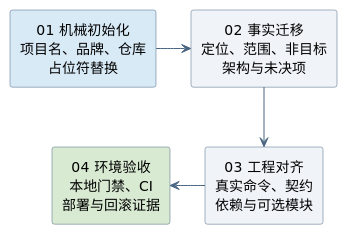
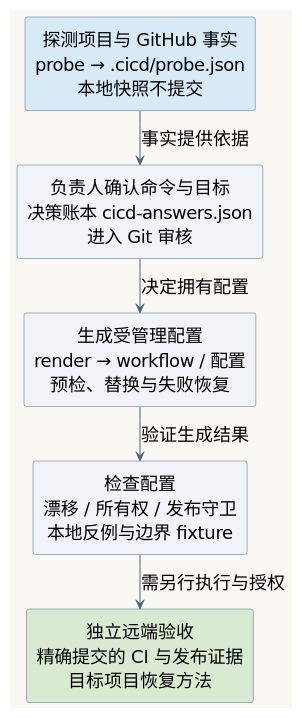
Before and after one commit to lyty1997/AxialMuseWebsite: the fifth of 5 diagrams in docs/engineering/ai-coding-scaffold-diagrams.md, drawn with PlantUML. The commit also changed other lines of this file and 14 other files, not shown here.

````diff
--- a/docs/engineering/ai-coding-scaffold-diagrams.md
+++ b/docs/engineering/ai-coding-scaffold-diagrams.md
@@ -73,19 +141,25 @@
 ```plantuml
 @startuml
+top to bottom direction
 skinparam shadowing false
-skinparam backgroundColor transparent
+skinparam backgroundColor #FAF8F2
+skinparam defaultFontName "SansSerif"
+skinparam defaultFontSize 18
 skinparam defaultTextAlignment center
 skinparam ArrowColor #486581
 skinparam rectangleBorderColor #486581
 skinparam rectangleBackgroundColor #F0F4F8
+skinparam ranksep 28
 
-rectangle "01  机械初始化\n项目名、品牌、仓库\n占位符替换" as Init #D9EAF7
-rectangle "02  事实迁移\n定位、范围、非目标\n架构与未决项" as Truth
-rectangle "03  工程对齐\n真实命令、契约\n依赖与可选模块" as Align
-rectangle "04  环境验收\n本地门禁、CI\n部署与回滚证据" as Verify #D9EAD3
+rectangle "探测项目与 GitHub 事实\nprobe → .cicd/probe.json\n本地快照不提交" as Probe #D9EAF7
+rectangle "负责人确认命令与目标\n决策账本 cicd-answers.json\n进入 Git 审核" as Ledger
+rectangle "生成受管理配置\nrender → workflow / 配置\n预检、替换与失败恢复" as Render
+rectangle "检查配置\n漂移 / 所有权 / 发布守卫\n本地反例与边界 fixture" as Checks
+rectangle "独立远端验收\n精确提交的 CI 与发布证据\n目标项目恢复方法" as Remote #D9EAD3
 
-Init -right-> Truth
-Truth -down-> Align
-Align -left-> Verify
+Probe -down-> Ledger : 事实提供依据
+Ledger -down-> Render : 决定拥有配置
+Render -down-> Checks : 验证生成结果
+Checks -down-> Remote : 需另行执行与授权
 @enduml
 ```
````
